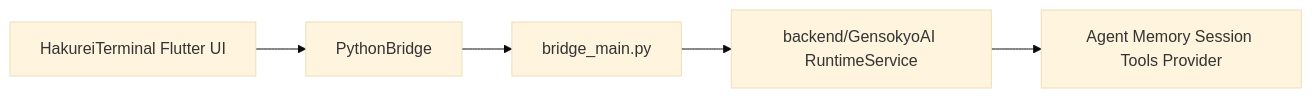
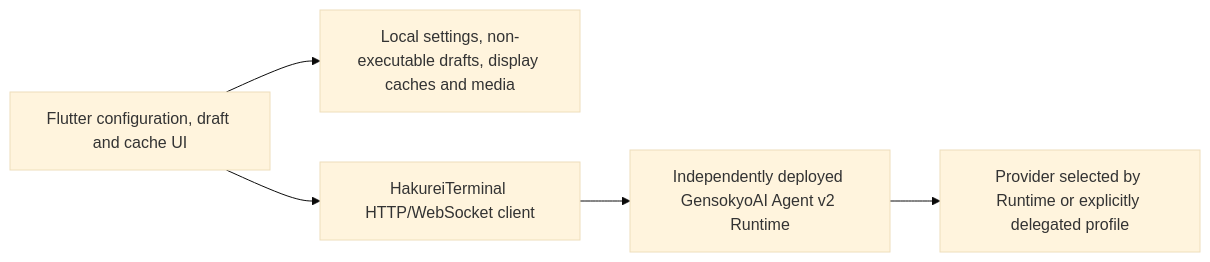
The diagram in README.md (JO-Beacon/HakureiTerminal), drawn with Mermaid (base theme) before and after one commit. The commit also changed other lines of this file and 264 other files, not shown here.

Commit message:
将客户端迁移至 GensokyoAI Runtime Agent v2

````diff
--- a/README.md
+++ b/README.md
@@ -17,7 +9,7 @@
 ```mermaid
 flowchart LR
-  A[HakureiTerminal Flutter UI] --> B[PythonBridge]
-  B --> C[bridge_main.py]
-  C --> D[backend/GensokyoAI RuntimeService]
-  D --> E[Agent Memory Session Tools Provider]
+  UI[Flutter configuration, draft and cache UI] --> LOCAL[Local settings, non-executable drafts, display caches and media]
+  UI --> CLIENT[HakureiTerminal HTTP/WebSocket client]
+  CLIENT --> EXT[Independently deployed GensokyoAI Agent v2 Runtime]
+  EXT --> PROVIDER[Provider selected by Runtime or explicitly delegated profile]
 ```
````
